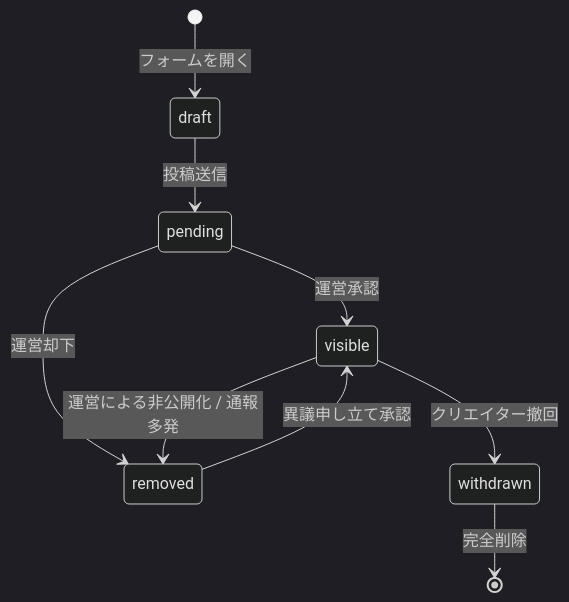
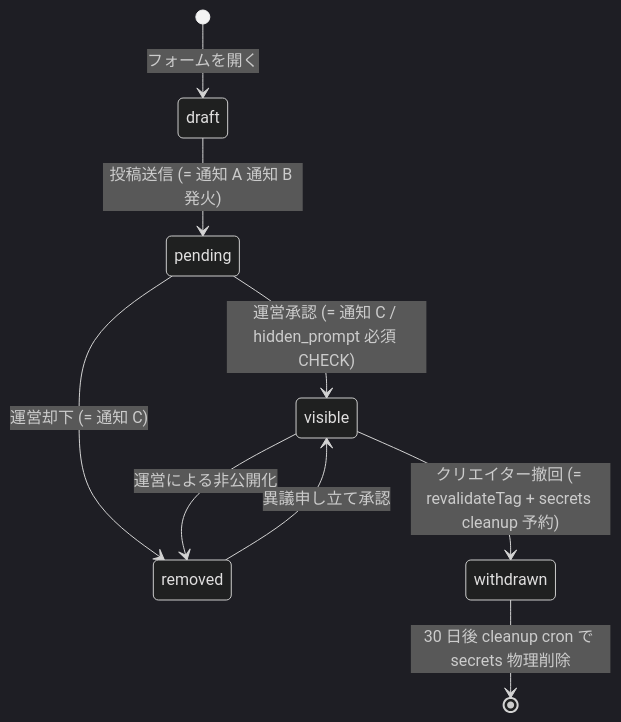
Before and after one commit to 3balljugglerYu/ai_coordinate: the fourth of 5 diagrams in docs/planning/creator-looks-implementation-plan.md, drawn with Mermaid (dark theme). The commit also changed other lines of this file, not shown here.

````diff
--- a/docs/planning/creator-looks-implementation-plan.md
+++ b/docs/planning/creator-looks-implementation-plan.md
@@ -198,11 +258,11 @@
 ```mermaid
 stateDiagram-v2
     [*] --> draft: フォームを開く
-    draft --> pending: 投稿送信
-    pending --> visible: 運営承認
-    pending --> removed: 運営却下
-    visible --> withdrawn: クリエイター撤回
-    visible --> removed: 運営による非公開化 / 通報多発
+    draft --> pending: 投稿送信 (= 通知 A 通知 B 発火)
+    pending --> visible: 運営承認 (= 通知 C / hidden_prompt 必須 CHECK)
+    pending --> removed: 運営却下 (= 通知 C)
+    visible --> withdrawn: クリエイター撤回 (= revalidateTag + secrets cleanup 予約)
+    visible --> removed: 運営による非公開化
     removed --> visible: 異議申し立て承認
-    withdrawn --> [*]: 完全削除
+    withdrawn --> [*]: 30 日後 cleanup cron で secrets 物理削除
 ```
````
